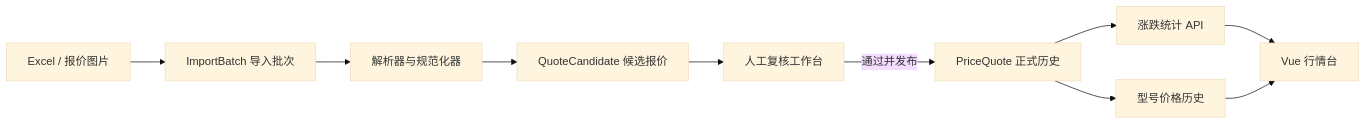
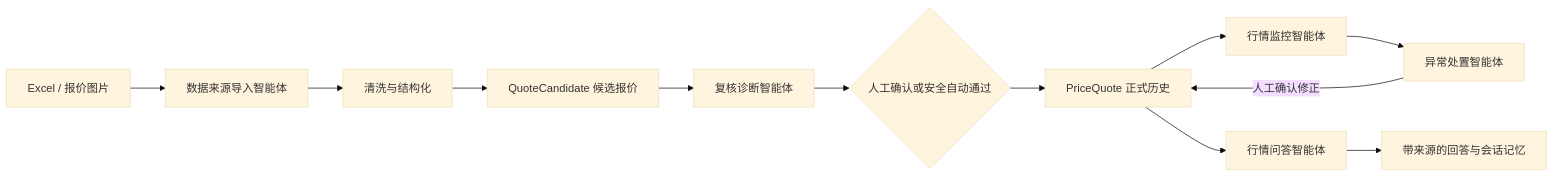
One commit to hx-source/3C-Digital-Recycling-Price-Info-Helper changed the diagram in README.md. Above: the diagram before and after it, drawn with Mermaid (base theme). The commit also changed other lines of this file and 38 other files, not shown here.

````diff
--- a/README.md
+++ b/README.md
@@ -17,12 +93,14 @@
 ```mermaid
 flowchart LR
-    A[Excel / 报价图片] --> B[ImportBatch 导入批次]
-    B --> C[解析器与规范化器]
+    A[Excel / 报价图片] --> B[数据来源导入智能体]
+    B --> C[清洗与结构化]
     C --> D[QuoteCandidate 候选报价]
-    D --> E[人工复核工作台]
-    E -->|通过并发布| F[PriceQuote 正式历史]
-    F --> G[涨跌统计 API]
-    F --> H[型号价格历史]
-    G --> I[Vue 行情台]
-    H --> I
+    D --> E[复核诊断智能体]
+    E --> F{人工确认或安全自动通过}
+    F --> G[PriceQuote 正式历史]
+    G --> H[行情监控智能体]
+    H --> I[异常处置智能体]
+    I -->|人工确认修正| G
+    G --> J[行情问答智能体]
+    J --> K[带来源的回答与会话记忆]
 ```
````
